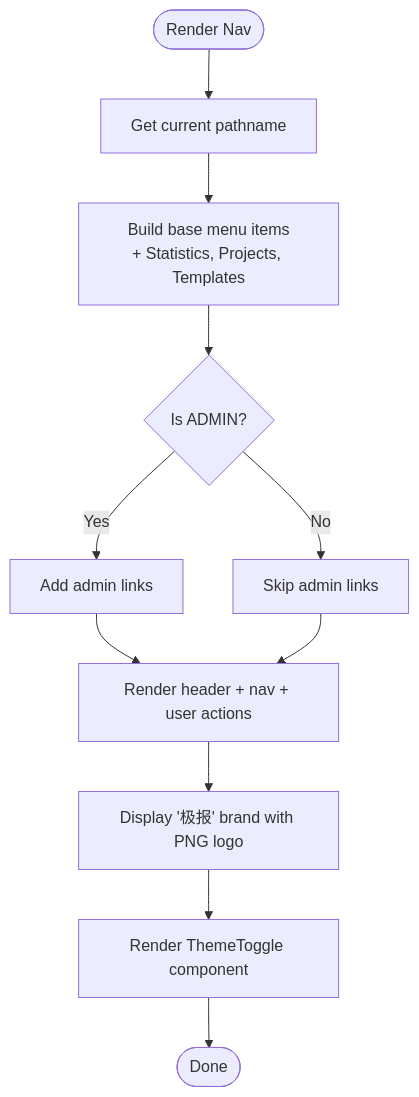
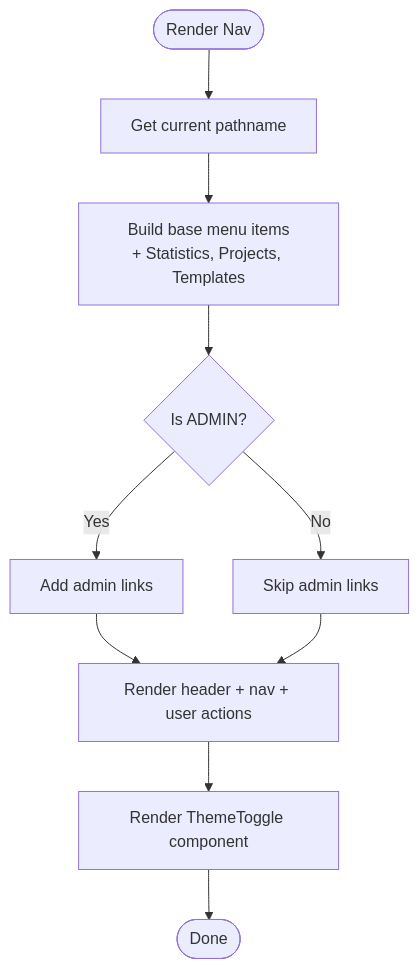
The third of 14 diagrams in .qoder/repowiki/en/content/Frontend Components/Frontend Components.md (jrj444/git-daily), drawn with Mermaid before and after one commit. The commit also changed other lines of this file and 6 other files, not shown here.

````diff
--- a/.qoder/repowiki/en/content/Frontend Components/Frontend Components.md
+++ b/.qoder/repowiki/en/content/Frontend Components/Frontend Components.md
@@ -297,13 +295,12 @@
 ```mermaid
 flowchart TD
 Start(["Render Nav"]) --> GetPath["Get current pathname"]
 GetPath --> BuildItems["Build base menu items<br/>+ Statistics, Projects, Templates"]
 BuildItems --> CheckRole{"Is ADMIN?"}
 CheckRole --> |Yes| AddAdmin["Add admin links"]
 CheckRole --> |No| SkipAdmin["Skip admin links"]
 AddAdmin --> RenderNav["Render header + nav + user actions"]
 SkipAdmin --> RenderNav
-RenderNav --> Branding["Display '极报' brand with PNG logo"]
-Branding --> ThemeToggle["Render ThemeToggle component"]
+RenderNav --> ThemeToggle["Render ThemeToggle component"]
 ThemeToggle --> End(["Done"])
 ```
````
